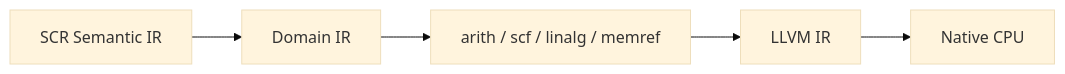
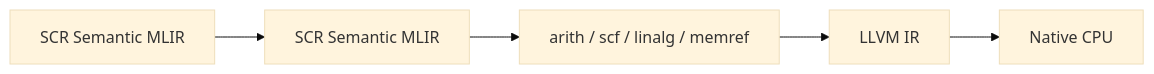
Before and after one commit to zharia/Semantic-Computational-Runtime: the tenth of 21 diagrams in 002_GETTING_STARTED.md, drawn with Mermaid (base theme). The commit also changed other lines of this file and 47 other files, not shown here.

First line of the commit message:
feat: MLIR-first architectural alignment pass

````diff
--- a/002_GETTING_STARTED.md
+++ b/002_GETTING_STARTED.md
@@ -827,10 +827,10 @@
 ```mermaid
 flowchart LR
-    A["SCR Semantic IR"]
-    B["Domain IR"]
+    A["SCR Semantic MLIR"]
+    B["SCR Semantic MLIR"]
     C["arith / scf / linalg / memref"]
     D["LLVM IR"]
     E["Native CPU"]
 
     A --> B --> C --> D --> E
 ```
````
